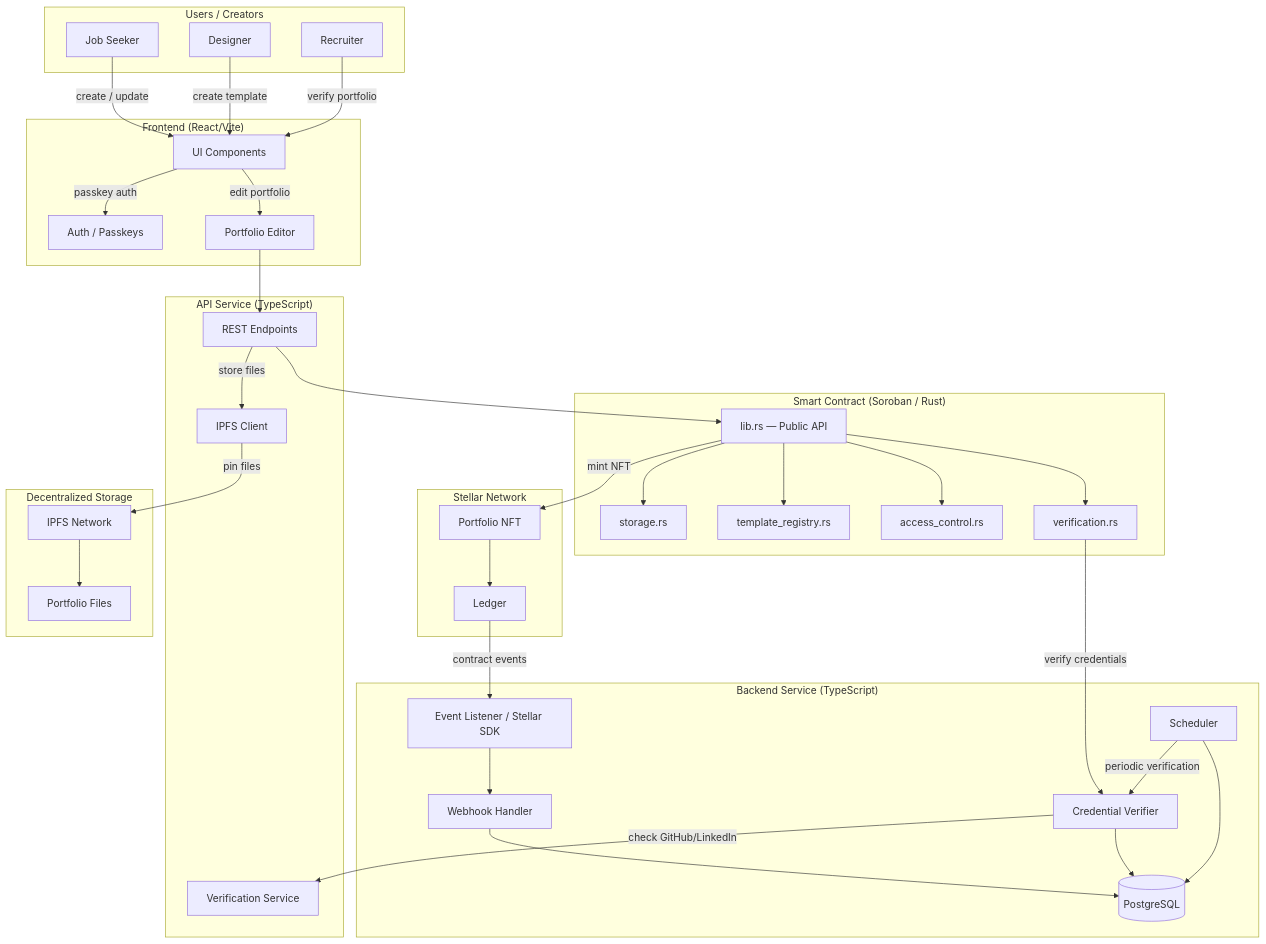
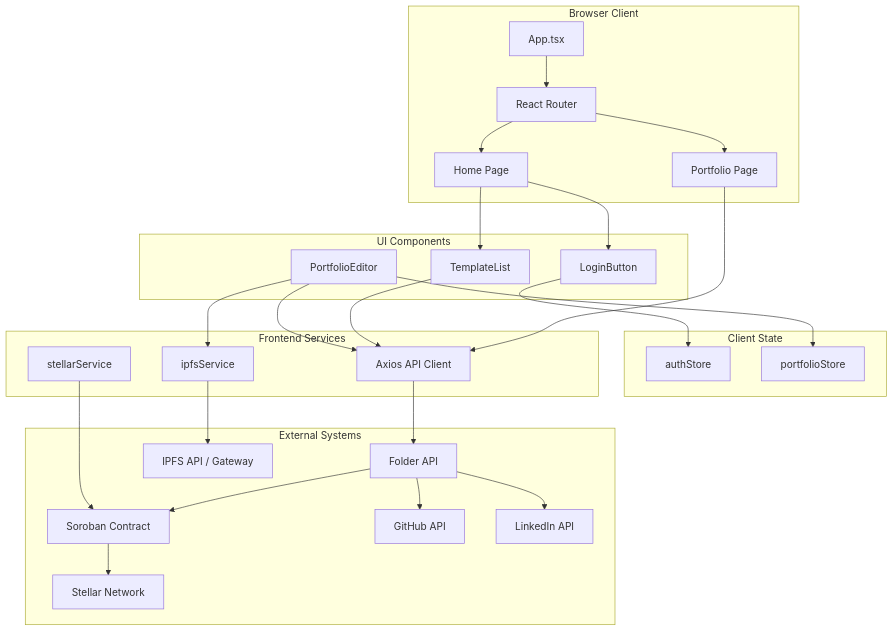
Before and after one commit to D-Indexer/Indexer-Frontend: the first of 2 diagrams in README.md, drawn with Mermaid. The commit also changed other lines of this file, not shown here.

Commit message:
docs: rebuild frontend readme

````diff
--- a/README.md
+++ b/README.md
@@ -31,71 +49,54 @@
 ```mermaid
 graph TB
-    subgraph Users["Users / Creators"]
-        JS[Job Seeker]
-        DES[Designer]
-        REC[Recruiter]
+    subgraph Browser["Browser Client"]
+        APP[App.tsx]
+        ROUTER[React Router]
+        HOME[Home Page]
+        PORTFOLIO[Portfolio Page]
     end
 
-    subgraph Frontend["Frontend (React/Vite)"]
-        UI[UI Components]
-        AUTH[Auth / Passkeys]
-        EDITOR[Portfolio Editor]
+    subgraph UI["UI Components"]
+        LOGIN[LoginButton]
+        TEMPLATES[TemplateList]
+        EDITOR[PortfolioEditor]
     end
 
-    subgraph API["API Service (TypeScript)"]
-        REST[REST Endpoints]
-        IPFS[IPFS Client]
-        VERIFY[Verification Service]
+    subgraph State["Client State"]
+        AUTH[authStore]
+        PORT_STORE[portfolioStore]
     end
 
-    subgraph Backend["Backend Service (TypeScript)"]
-        EVT[Event Listener / Stellar SDK]
-        WH[Webhook Handler]
-        CRED[Credential Verifier]
-        DB[(PostgreSQL)]
-        SCH[Scheduler]
+    subgraph Services["Frontend Services"]
+        API[Axios API Client]
+        IPFS[ipfsService]
+        STELLAR[stellarService]
     end
 
-    subgraph Contract["Smart Contract (Soroban / Rust)"]
-        LIB[lib.rs — Public API]
-        STOR[storage.rs]
-        TMPL[template_registry.rs]
-        ACCESS[access_control.rs]
-        VERIFY_C[verification.rs]
+    subgraph External["External Systems"]
+        BACKEND[Folder API]
+        IPFS_NODE[IPFS API / Gateway]
+        CONTRACT[Soroban Contract]
+        STELLAR_NET[Stellar Network]
+        GITHUB[GitHub API]
+        LINKEDIN[LinkedIn API]
     end
 
-    subgraph Stellar["Stellar Network"]
-        LEDGER[Ledger]
-        NFT[Portfolio NFT]
-    end
-
-    subgraph Storage["Decentralized Storage"]
-        IPFS_NET[IPFS Network]
-        FILES[Portfolio Files]
-    end
-
-    JS -->|create / update| UI
-    DES -->|create template| UI
-    REC -->|verify portfolio| UI
-    UI -->|passkey auth| AUTH
-    UI -->|edit portfolio| EDITOR
-    EDITOR --> REST
-    REST --> LIB
-    LIB --> STOR
-    LIB --> TMPL
-    LIB --> ACCESS
-    LIB --> VERIFY_C
-    LIB -->|mint NFT| NFT
-    NFT --> LEDGER
-    LEDGER -->|contract events| EVT
-    EVT --> WH
-    WH --> DB
-    REST -->|store files| IPFS
-    IPFS -->|pin files| IPFS_NET
-    IPFS_NET --> FILES
-    VERIFY_C -->|verify credentials| CRED
-    CRED -->|check GitHub/LinkedIn| VERIFY
-    CRED --> DB
-    SCH -->|periodic verification| CRED
-    SCH --> DB
+    APP --> ROUTER
+    ROUTER --> HOME
+    ROUTER --> PORTFOLIO
+    HOME --> LOGIN
+    HOME --> TEMPLATES
+    EDITOR --> IPFS
+    EDITOR --> API
+    LOGIN --> AUTH
+    TEMPLATES --> API
+    PORTFOLIO --> API
+    API --> BACKEND
+    IPFS --> IPFS_NODE
+    STELLAR --> CONTRACT
+    CONTRACT --> STELLAR_NET
+    BACKEND --> CONTRACT
+    BACKEND --> GITHUB
+    BACKEND --> LINKEDIN
+    EDITOR --> PORT_STORE
 ```
````
